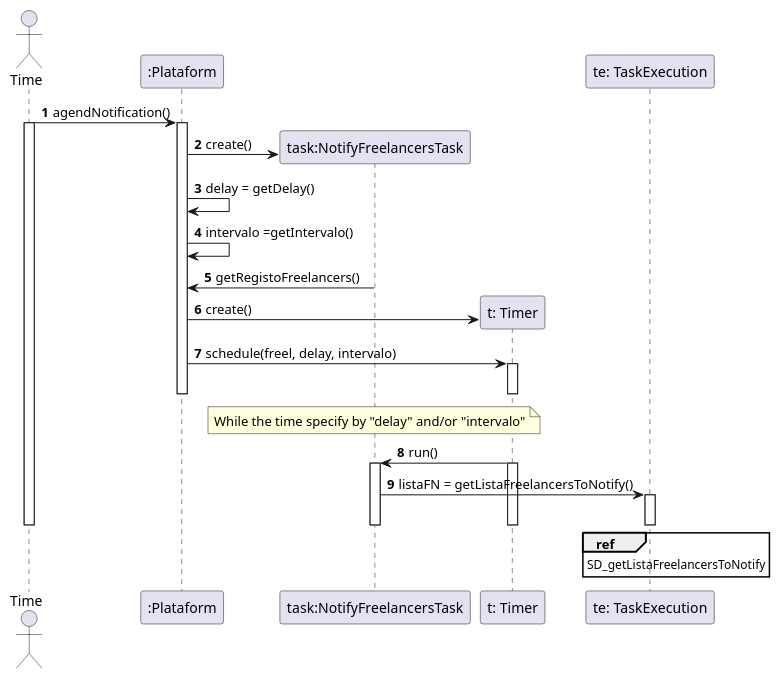
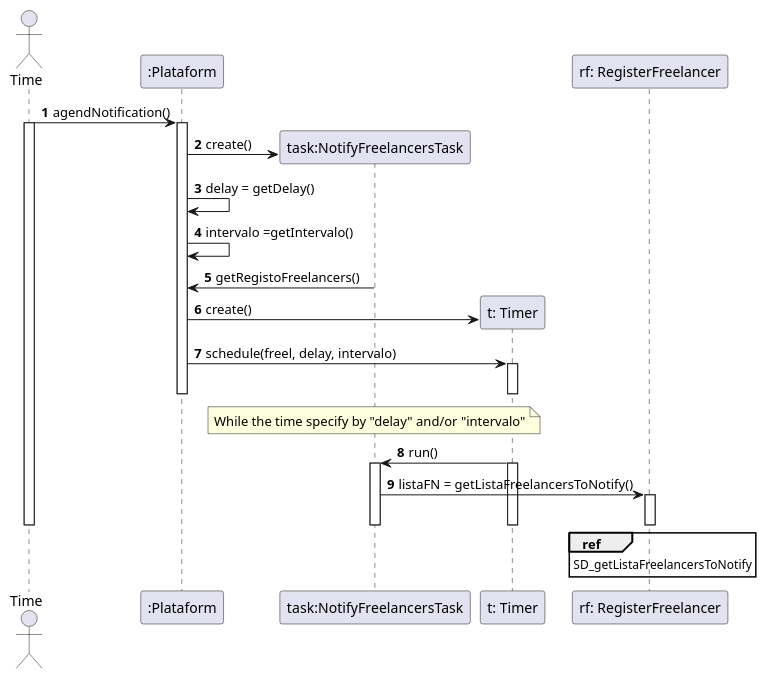
The diagram in docs/UC10 - Notify delayed freelancers (automatically)/UC10_SD1.puml (pedrolemos4/LAPR2), drawn with PlantUML before and after one commit. The commit also changed 3 other files, not shown here.

```diff
--- a/docs/UC10 - Notify delayed freelancers (automatically)/UC10_SD1.puml
+++ b/docs/UC10 - Notify delayed freelancers (automatically)/UC10_SD1.puml
@@ -1,46 +1,46 @@
 @startuml
 autonumber
 
 actor "Time" as TEMPO
 
 participant ":Plataform" as PLAT
 participant "task:NotifyFreelancersTask" as SCAT
 participant "t: Timer" as TIMER
-participant "te: TaskExecution" as RA
+participant "rf: RegisterFreelancer" as RA
 
 
  TEMPO -> PLAT : agendNotification()
  activate TEMPO
 
 activate PLAT
 PLAT -> SCAT** : create()
 PLAT -> PLAT : delay = getDelay()
 PLAT -> PLAT : intervalo =getIntervalo()
 SCAT -> PLAT : getRegistoFreelancers()
 PLAT -> TIMER** : create()
 PLAT -> TIMER : schedule(freel, delay, intervalo)
 activate TIMER
 deactivate TIMER
 deactivate PLAT
 
 note over SCAT
 While the time specify by "delay" and/or "intervalo"
 end note
 
 TIMER -> SCAT : run()
 activate TIMER
 activate SCAT
 SCAT -> RA :listaFN = getListaFreelancersToNotify()
 activate RA
 REF over RA
 SD_getListaFreelancersToNotify
 end REF
 deactivate RA
 
 deactivate TIMER
 deactivate SCAT
 
 deactivate TEMPO
 
 
 @enduml
```
